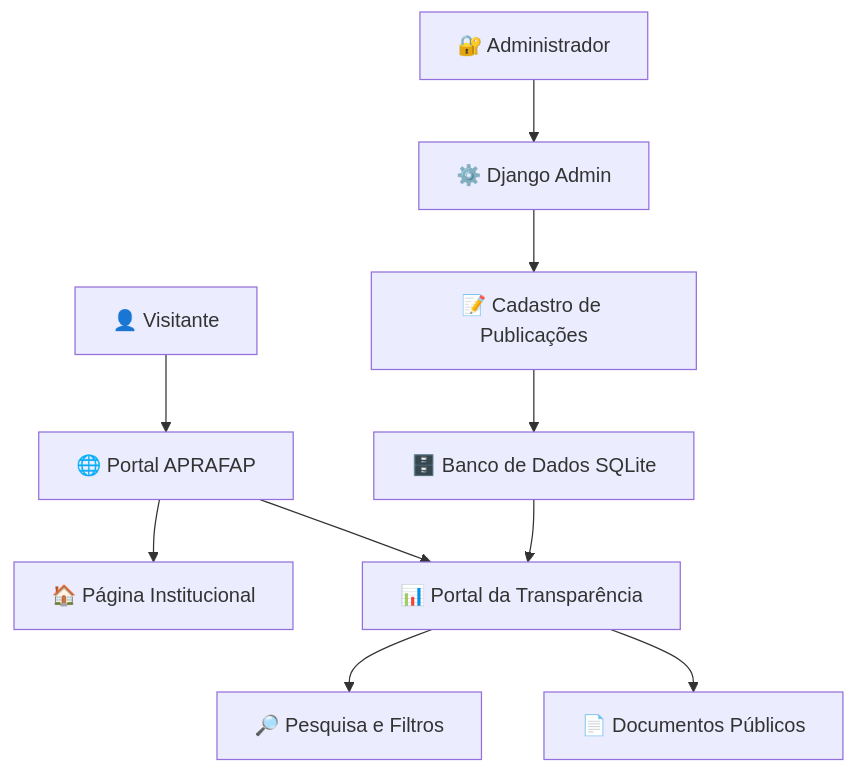
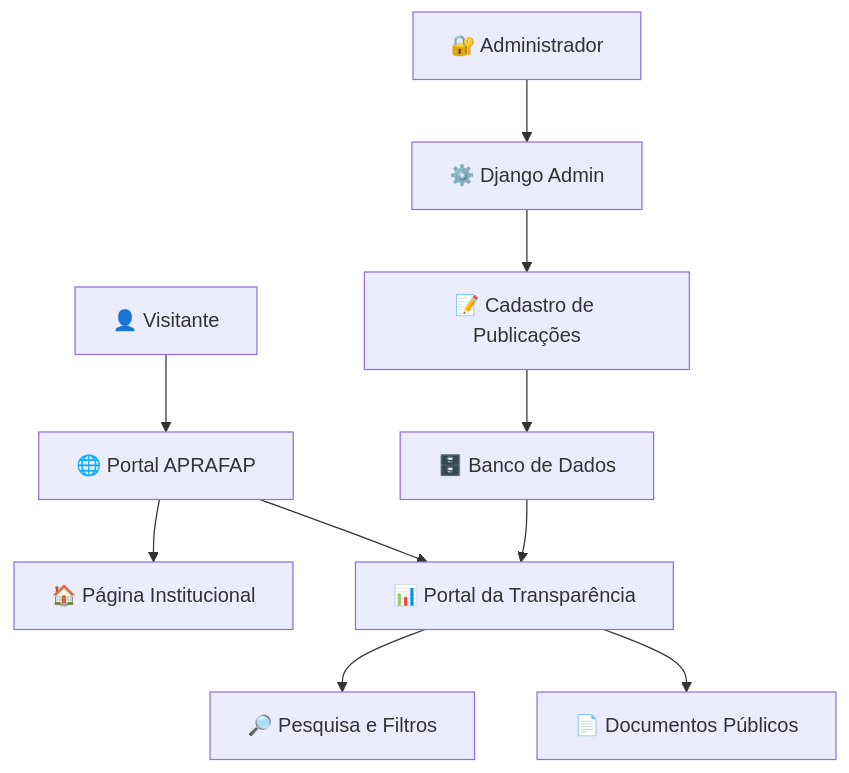
The diagram in README.md (Marcosplira/aprafap), drawn with Mermaid before and after one commit. The commit also changed other lines of this file, not shown here.

````diff
--- a/README.md
+++ b/README.md
@@ -119,13 +108,16 @@
 ```mermaid
 flowchart TD
     A["👤 Visitante"] --> B["🌐 Portal APRAFAP"]
+
     B --> C["🏠 Página Institucional"]
     B --> D["📊 Portal da Transparência"]
+
     D --> E["🔎 Pesquisa e Filtros"]
     D --> F["📄 Documentos Públicos"]
 
     G["🔐 Administrador"] --> H["⚙️ Django Admin"]
+
     H --> I["📝 Cadastro de Publicações"]
-    I --> J["🗄️ Banco de Dados SQLite"]
+    I --> J["🗄️ Banco de Dados"]
     J --> D
 ```
````
